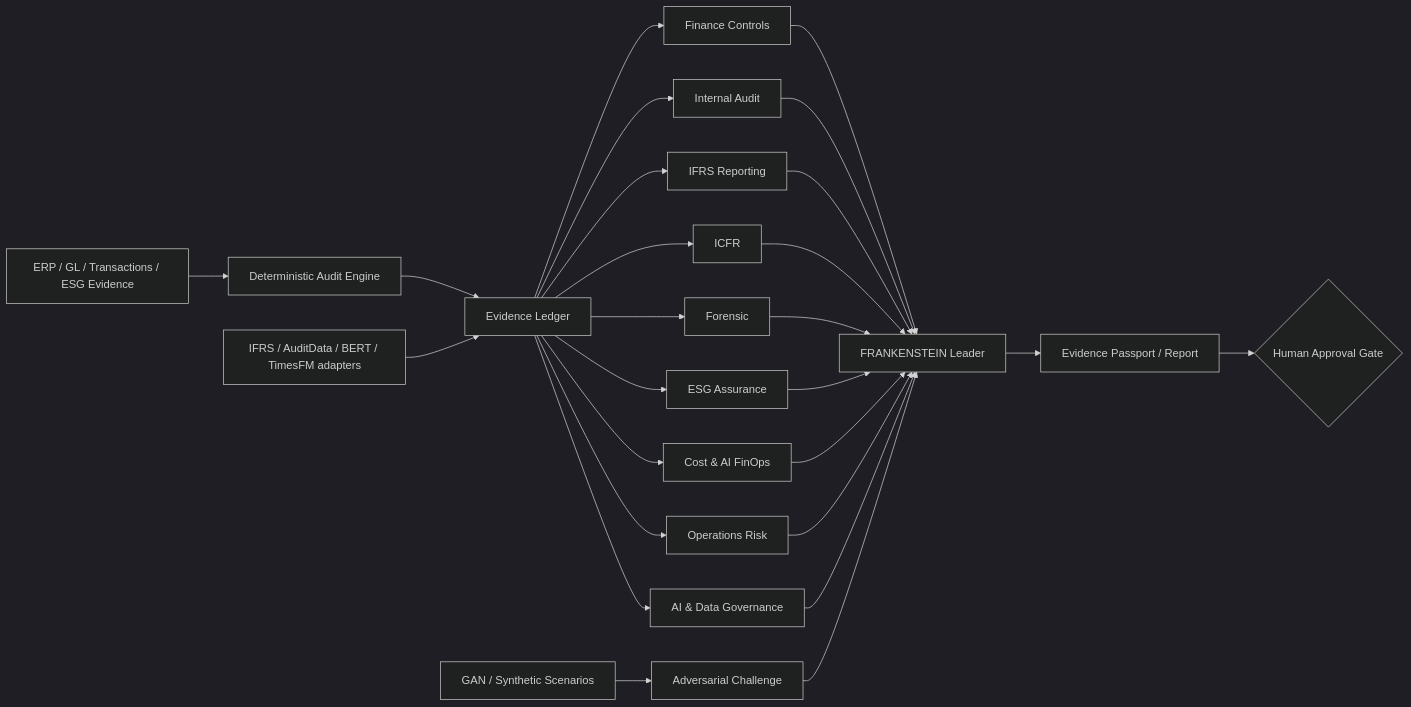
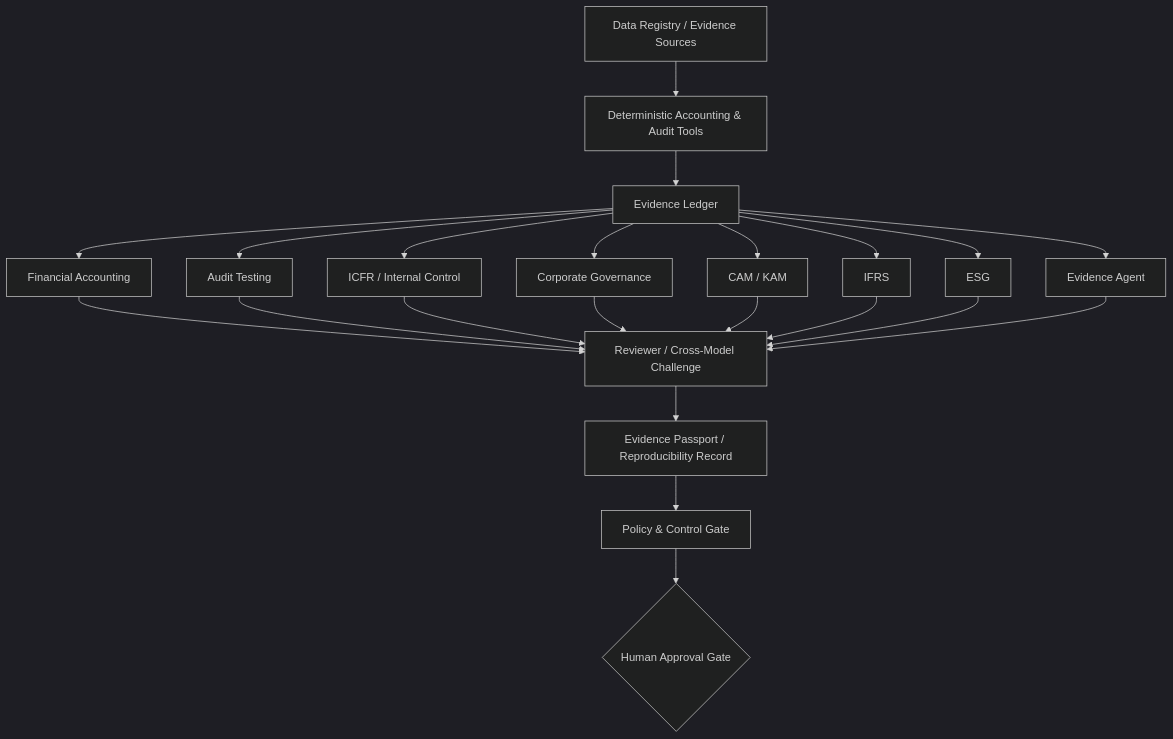
One commit to Saehon/Saeid-Homayoun changed the second of 2 diagrams in FRANKENSTEIN/ARCHITECTURE.md. Above: the diagram before and after it, drawn with Mermaid (dark theme). The commit also changed other lines of this file, not shown here.

Commit message:
FRANKENSTEIN: simplify architecture around GitHub, Hugging Face, Kaggle and Drive

````diff
--- a/FRANKENSTEIN/ARCHITECTURE.md
+++ b/FRANKENSTEIN/ARCHITECTURE.md
@@ -5,28 +25,26 @@
 ```mermaid
-flowchart LR
-    A[ERP / GL / Transactions / ESG Evidence] --> B[Deterministic Audit Engine]
+flowchart TD
+    A[Data Registry / Evidence Sources] --> B[Deterministic Accounting & Audit Tools]
     B --> C[Evidence Ledger]
-    X[IFRS / AuditData / BERT / TimesFM adapters] --> C
-    S[GAN / Synthetic Scenarios] --> R[Adversarial Challenge]
-    C --> D1[Finance Controls]
-    C --> D2[Internal Audit]
-    C --> D3[IFRS Reporting]
-    C --> D4[ICFR]
-    C --> D5[Forensic]
-    C --> D6[ESG Assurance]
-    C --> D7[Cost & AI FinOps]
-    C --> D8[Operations Risk]
-    C --> D9[AI & Data Governance]
-    D1 --> L[FRANKENSTEIN Leader]
-    D2 --> L
-    D3 --> L
-    D4 --> L
-    D5 --> L
-    D6 --> L
-    D7 --> L
-    D8 --> L
-    D9 --> L
-    R --> L
-    L --> P[Evidence Passport / Report]
-    P --> H{Human Approval Gate}
+    C --> D1[Financial Accounting]
+    C --> D2[Audit Testing]
+    C --> D3[ICFR / Internal Control]
+    C --> D4[Corporate Governance]
+    C --> D5[CAM / KAM]
+    C --> D6[IFRS]
+    C --> D7[ESG]
+    C --> D8[Evidence Agent]
+
+    D1 --> R[Reviewer / Cross-Model Challenge]
+    D2 --> R
+    D3 --> R
+    D4 --> R
+    D5 --> R
+    D6 --> R
+    D7 --> R
+    D8 --> R
+
+    R --> P[Evidence Passport / Reproducibility Record]
+    P --> G[Policy & Control Gate]
+    G --> H{Human Approval Gate}
 ```
````
